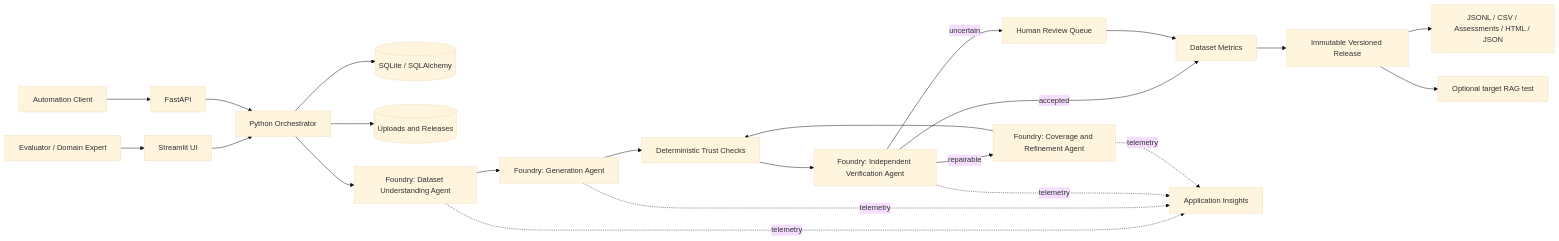
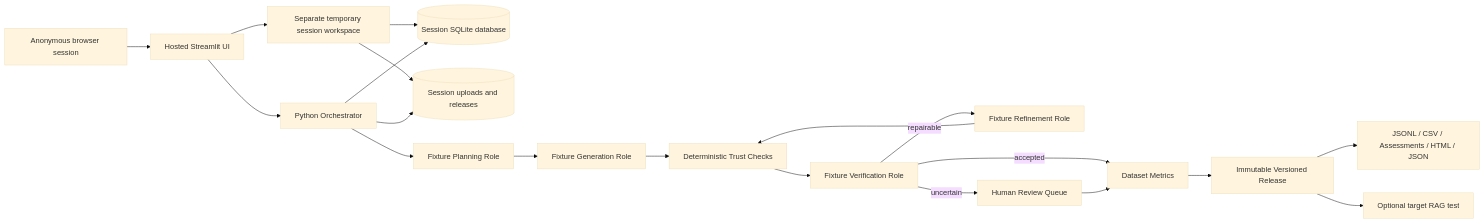
Before and after one commit to Nithin9Krishna/ragtrust: the diagram in docs/ARCHITECTURE_AND_OPERATIONS.md, drawn with Mermaid (base theme). The commit also changed other lines of this file and 35 other files, not shown here.

````diff
--- a/docs/ARCHITECTURE_AND_OPERATIONS.md
+++ b/docs/ARCHITECTURE_AND_OPERATIONS.md
@@ -9,27 +11,24 @@
 ```mermaid
 flowchart LR
-    U[Evaluator / Domain Expert] --> UI[Streamlit UI]
-    C[Automation Client] --> API[FastAPI]
+    U[Anonymous browser session] --> UI[Hosted Streamlit UI]
+    UI --> W[Separate temporary session workspace]
     UI --> O[Python Orchestrator]
-    API --> O
-    O --> DB[(SQLite / SQLAlchemy)]
-    O --> FS[(Uploads and Releases)]
+    W --> DB[(Session SQLite database)]
+    W --> FS[(Session uploads and releases)]
+    O --> DB
+    O --> FS
 
-    O --> P[Foundry: Dataset Understanding Agent]
-    P --> G[Foundry: Generation Agent]
+    O --> P[Fixture Planning Role]
+    P --> G[Fixture Generation Role]
     G --> D[Deterministic Trust Checks]
-    D --> V[Foundry: Independent Verification Agent]
-    V -->|repairable| R[Foundry: Coverage and Refinement Agent]
+    D --> V[Fixture Verification Role]
+    V -->|repairable| R[Fixture Refinement Role]
     R --> D
     V -->|uncertain| H[Human Review Queue]
     V -->|accepted| M[Dataset Metrics]
     H --> M
     M --> REL[Immutable Versioned Release]
     REL --> X[JSONL / CSV / Assessments / HTML / JSON]
     REL --> T[Optional target RAG test]
 
-    P -. telemetry .-> AI[Application Insights]
-    G -. telemetry .-> AI
-    V -. telemetry .-> AI
-    R -. telemetry .-> AI
 ```
````
